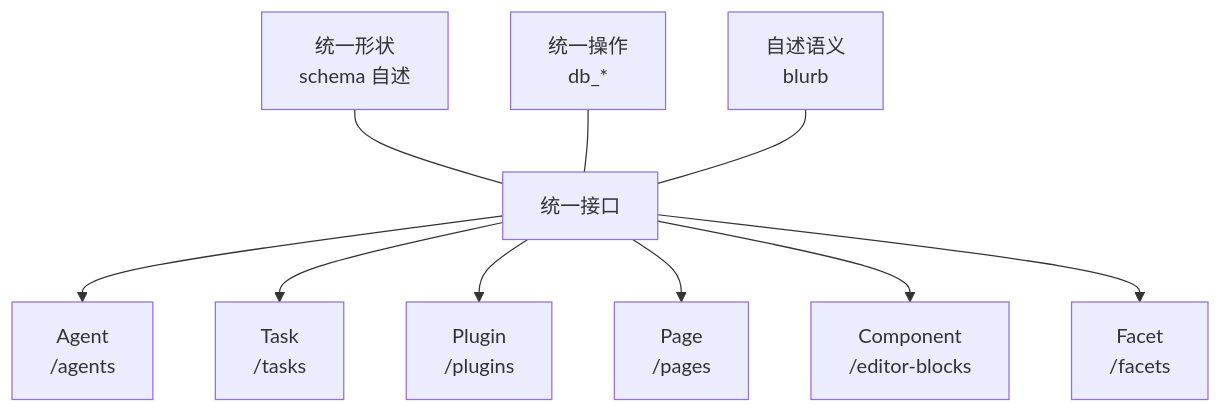
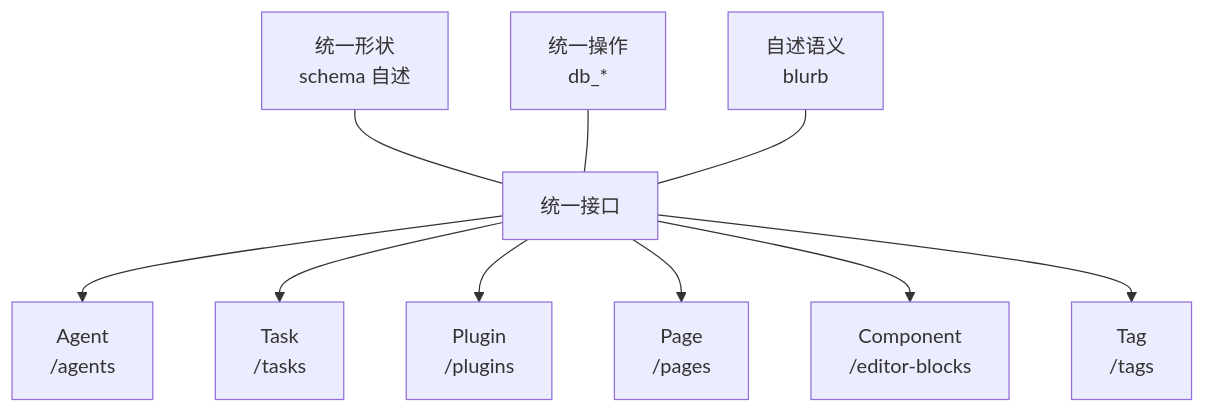
Before and after one commit to helloooooooooooooo97/BIU: the first of 2 diagrams in README.zh-CN.md, drawn with Mermaid. The commit also changed other lines of this file and 63 other files, not shown here.

````diff
--- a/README.zh-CN.md
+++ b/README.zh-CN.md
@@ -231,16 +231,16 @@
 ```mermaid
 flowchart TB
   API["统一接口"]
   Shape["统一形状<br/>schema 自述"]
   Verb["统一操作<br/>db_*"]
   Say["自述语义<br/>blurb"]
   Shape --- API
   Verb --- API
   Say --- API
   API --> A["Agent<br/>/agents"]
   API --> T["Task<br/>/tasks"]
   API --> L["Plugin<br/>/plugins"]
   API --> P["Page<br/>/pages"]
   API --> C["Component<br/>/editor-blocks"]
-  API --> F["Facet<br/>/facets"]
+  API --> F["Tag<br/>/tags"]
 ```
````
